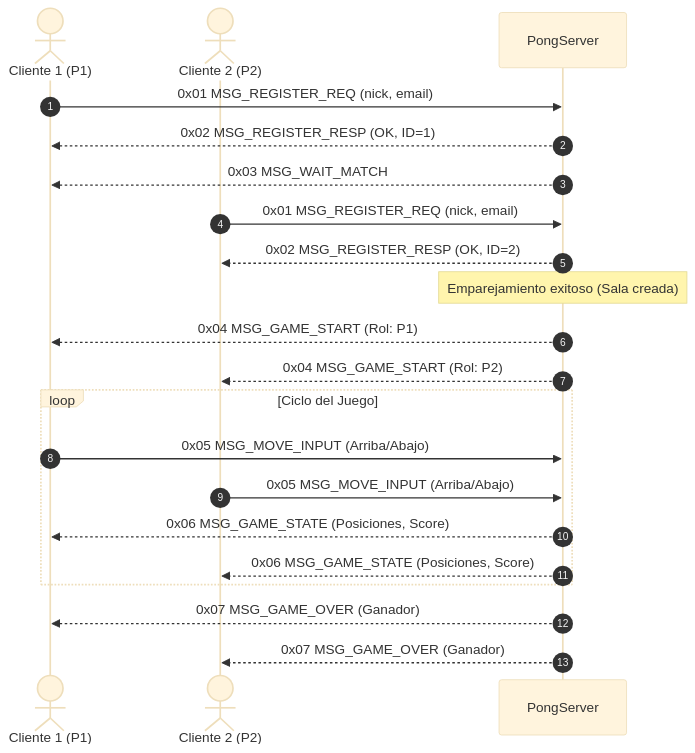
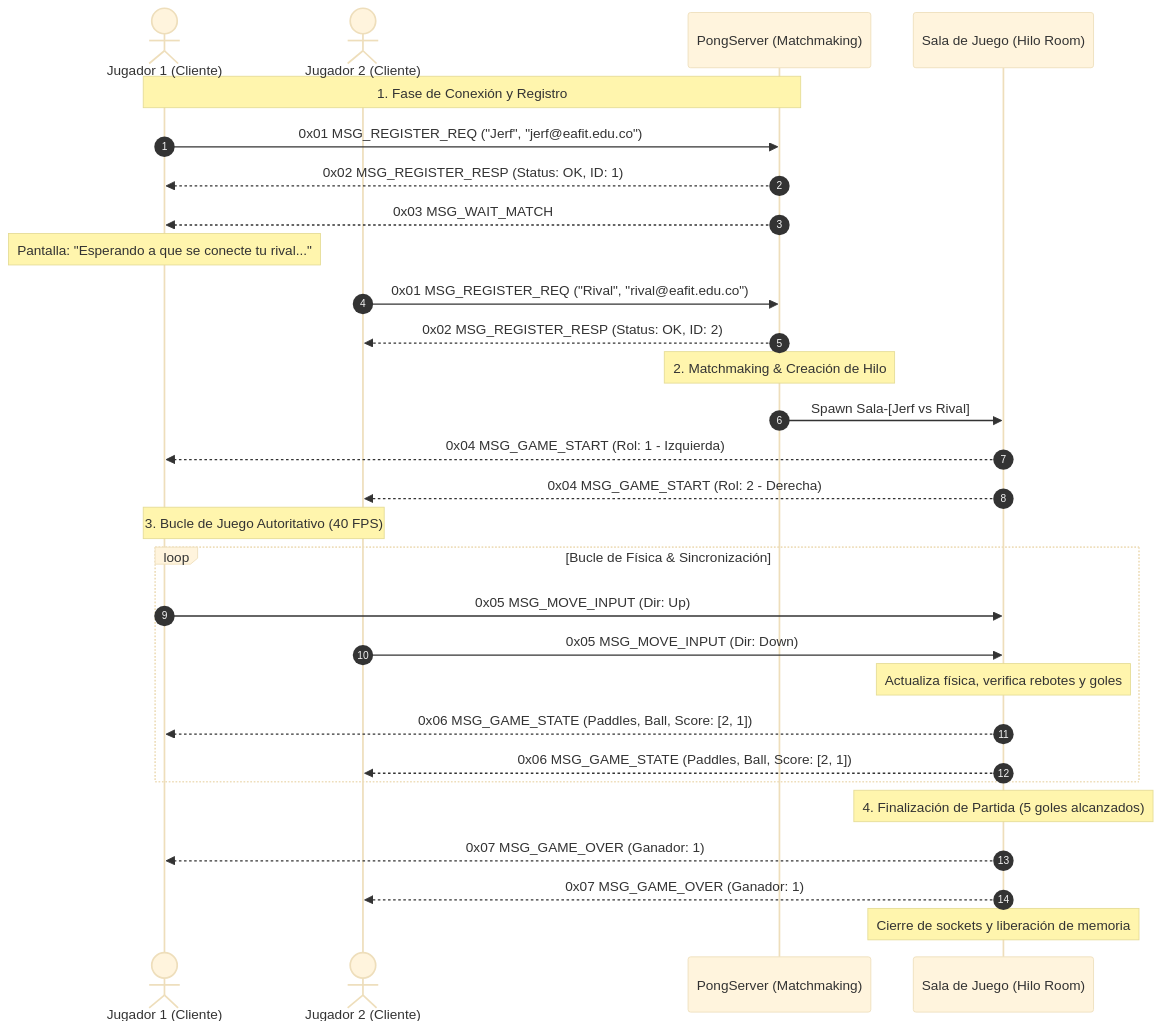
One commit to JerFGa/Pong changed the second of 2 diagrams in README.md. Above: the diagram before and after it, drawn with Mermaid (base theme). The commit also changed other lines of this file, not shown here.

````diff
--- a/README.md
+++ b/README.md
@@ -73,28 +117,36 @@
 ```mermaid
 sequenceDiagram
     autonumber
-    actor C1 as Cliente 1 (P1)
-    actor C2 as Cliente 2 (P2)
-    participant S as PongServer
+    actor C1 as Jugador 1 (Cliente)
+    actor C2 as Jugador 2 (Cliente)
+    participant S as PongServer (Matchmaking)
+    participant R as Sala de Juego (Hilo Room)
 
-    C1->>S: 0x01 MSG_REGISTER_REQ (nick, email)
-    S-->>C1: 0x02 MSG_REGISTER_RESP (OK, ID=1)
+    Note over C1,S: 1. Fase de Conexión y Registro
+    C1->>S: 0x01 MSG_REGISTER_REQ ("Jerf", "jerf@eafit.edu.co")
+    S-->>C1: 0x02 MSG_REGISTER_RESP (Status: OK, ID: 1)
     S-->>C1: 0x03 MSG_WAIT_MATCH
+    Note over C1: Pantalla: "Esperando a que se conecte tu rival..."
 
-    C2->>S: 0x01 MSG_REGISTER_REQ (nick, email)
-    S-->>C2: 0x02 MSG_REGISTER_RESP (OK, ID=2)
+    C2->>S: 0x01 MSG_REGISTER_REQ ("Rival", "rival@eafit.edu.co")
+    S-->>C2: 0x02 MSG_REGISTER_RESP (Status: OK, ID: 2)
 
-    Note over S: Emparejamiento exitoso (Sala creada)
-    S-->>C1: 0x04 MSG_GAME_START (Rol: P1)
-    S-->>C2: 0x04 MSG_GAME_START (Rol: P2)
+    Note over S: 2. Matchmaking & Creación de Hilo
+    S->>R: Spawn Sala-[Jerf vs Rival]
+    R-->>C1: 0x04 MSG_GAME_START (Rol: 1 - Izquierda)
+    R-->>C2: 0x04 MSG_GAME_START (Rol: 2 - Derecha)
 
-    loop Ciclo del Juego
-        C1->>S: 0x05 MSG_MOVE_INPUT (Arriba/Abajo)
-        C2->>S: 0x05 MSG_MOVE_INPUT (Arriba/Abajo)
-        S-->>C1: 0x06 MSG_GAME_STATE (Posiciones, Score)
-        S-->>C2: 0x06 MSG_GAME_STATE (Posiciones, Score)
+    Note over C1,C2: 3. Bucle de Juego Autoritativo (40 FPS)
+    loop Bucle de Física & Sincronización
+        C1->>R: 0x05 MSG_MOVE_INPUT (Dir: Up)
+        C2->>R: 0x05 MSG_MOVE_INPUT (Dir: Down)
+        Note over R: Actualiza física, verifica rebotes y goles
+        R-->>C1: 0x06 MSG_GAME_STATE (Paddles, Ball, Score: [2, 1])
+        R-->>C2: 0x06 MSG_GAME_STATE (Paddles, Ball, Score: [2, 1])
     end
 
-    S-->>C1: 0x07 MSG_GAME_OVER (Ganador)
-    S-->>C2: 0x07 MSG_GAME_OVER (Ganador)
+    Note over R: 4. Finalización de Partida (5 goles alcanzados)
+    R-->>C1: 0x07 MSG_GAME_OVER (Ganador: 1)
+    R-->>C2: 0x07 MSG_GAME_OVER (Ganador: 1)
+    Note over R: Cierre de sockets y liberación de memoria
 ```
````
